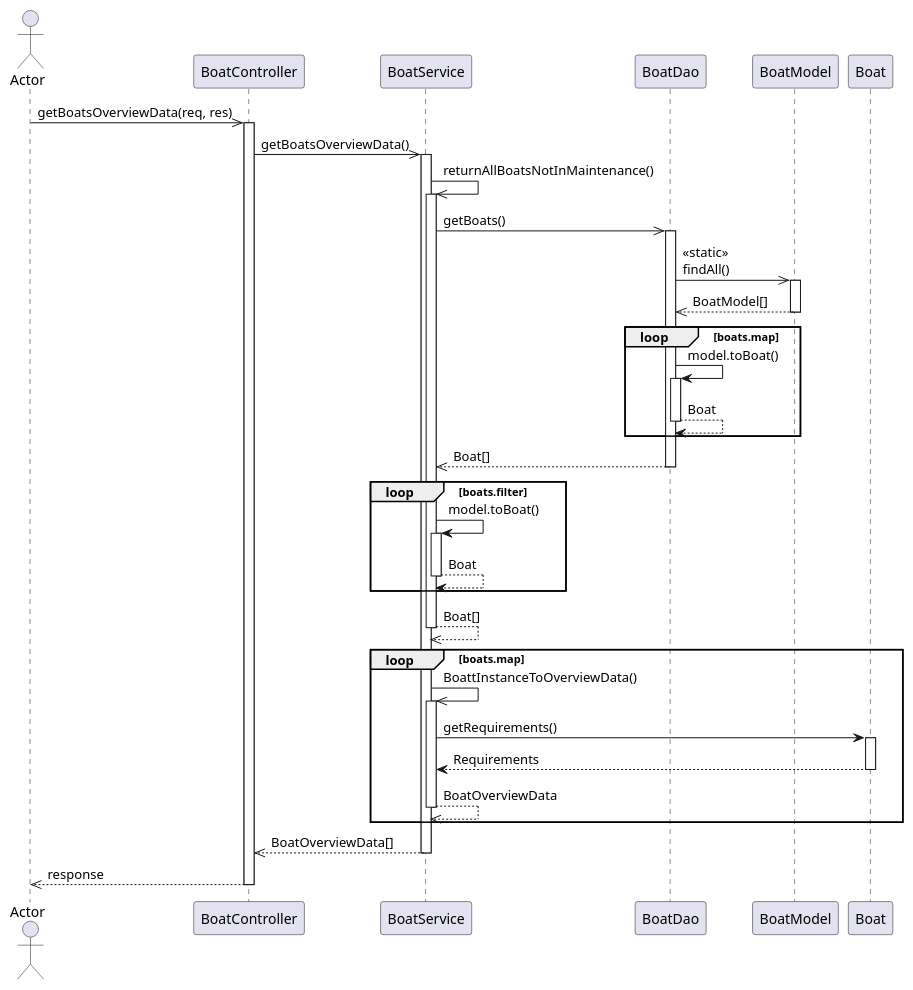
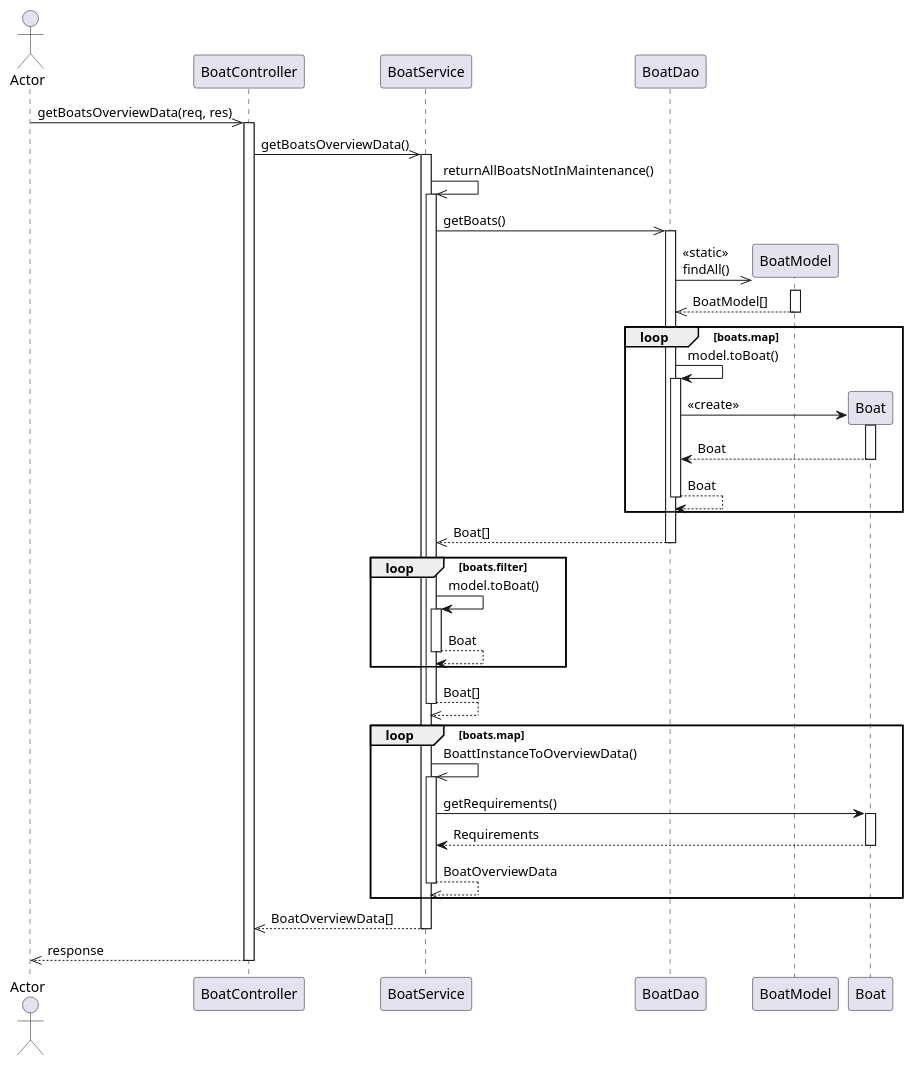
The diagram in doc/PlantUML Sequence Diagram - GetBoatsOverviewData - Stef Korporaal.puml (Hellrespawn/angular-boat-rental), drawn with PlantUML before and after one commit. The commit also changed 2 other files, not shown here.

Commit message:
Update UML

```diff
--- a/doc/PlantUML Sequence Diagram - GetBoatsOverviewData - Stef Korporaal.puml
+++ b/doc/PlantUML Sequence Diagram - GetBoatsOverviewData - Stef Korporaal.puml
@@ -1,50 +1,51 @@
 @startuml PlantUML Sequence Diagram - GetBoatsOverviewData - Stef Korporaal
 autoactivate on
 
 actor Actor
-participant BoatController
-participant BoatService
-participant BoatDao
-participant BoatModel
-participant Boat
 
 Actor ->> BoatController : getBoatsOverviewData(req, res)
 
 BoatController ->> BoatService : getBoatsOverviewData()
 
 BoatService ->> BoatService : returnAllBoatsNotInMaintenance()
 
 BoatService ->> BoatDao : getBoats()
 
+create BoatModel
 BoatDao ->> BoatModel : <<static>>\nfindAll()
 return BoatModel[]
 
 loop boats.map
-    BoatDao -> BoatDao: model.toBoat()
+    BoatDao -> BoatDao : model.toBoat()
+
+    create Boat
+    BoatDao -> Boat : <<create>>
+    return Boat
+
     return Boat
 end
 
 return Boat[]
 
 loop boats.filter
     BoatService -> BoatService: model.toBoat()
     return Boat
 end
 
 return Boat[]
 
 loop boats.map
     BoatService ->> BoatService : BoattInstanceToOverviewData()
 
     BoatService -> Boat: getRequirements()
 
     return Requirements
 
     return BoatOverviewData
 end
 
 return BoatOverviewData[]
 
 return response
 
 @enduml
```
